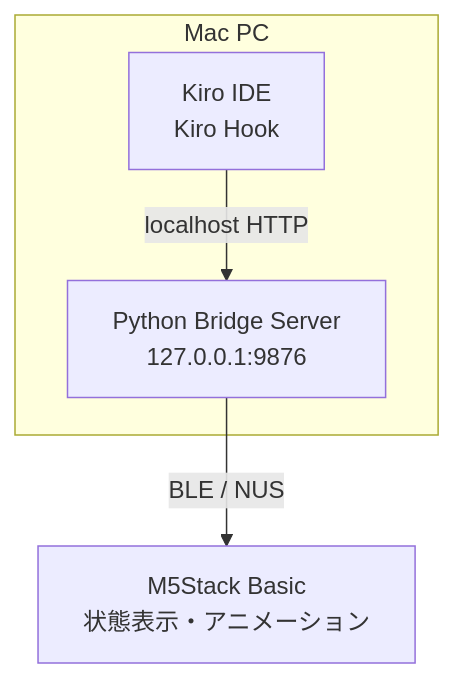
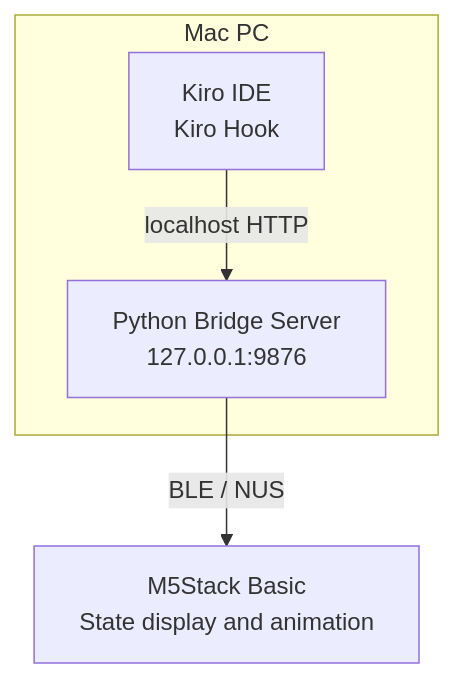
Before and after one commit to ssknsskn/kiro-stack-buddy: the diagram in README.md, drawn with Mermaid. The commit also changed other lines of this file and 6 other files, not shown here.

````diff
--- a/README.md
+++ b/README.md
@@ -31,10 +32,10 @@
 ```mermaid
 flowchart TB
     subgraph Mac["Mac PC"]
         Kiro["Kiro IDE<br/>Kiro Hook"]
         Bridge["Python Bridge Server<br/>127.0.0.1:9876"]
         Kiro -->|localhost HTTP| Bridge
     end
 
-    Bridge -->|BLE / NUS| M5["M5Stack Basic<br/>状態表示・アニメーション"]
+    Bridge -->|BLE / NUS| M5["M5Stack Basic<br/>State display and animation"]
 ```
````
